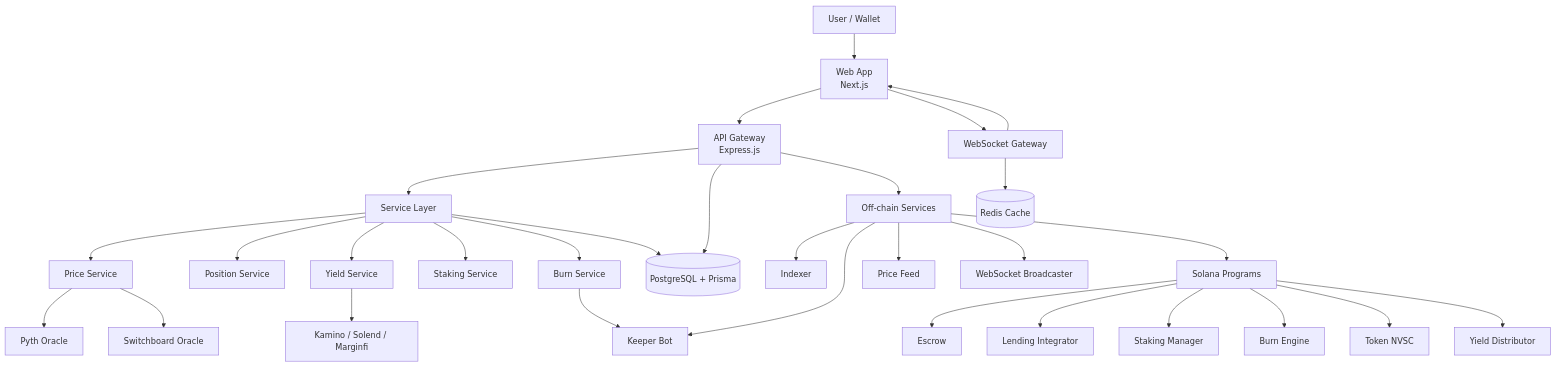
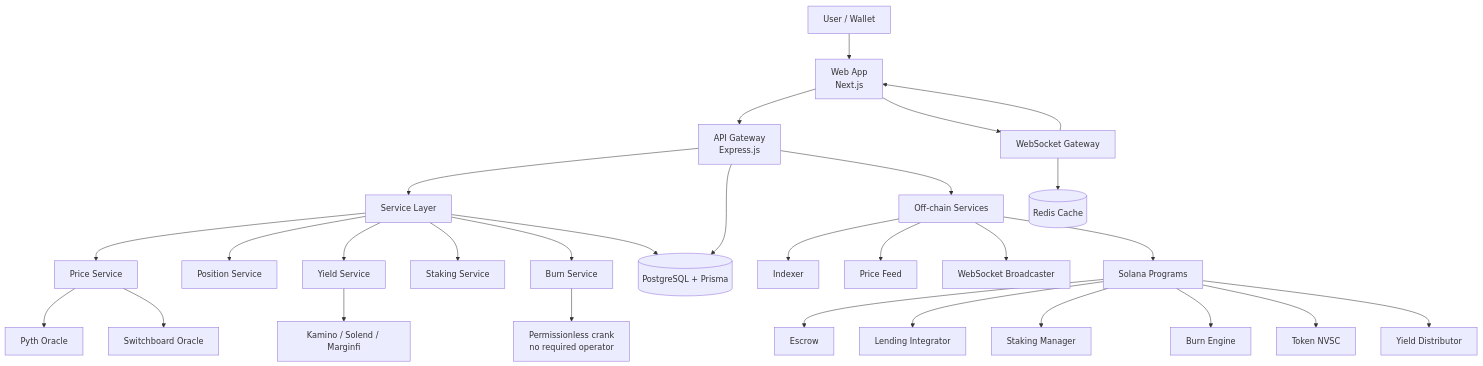
The first of 4 diagrams in docs/SYSTEM_DIAGRAMS.md (KezzyNgotho/noviscia-protocol), drawn with Mermaid before and after one commit. The commit also changed other lines of this file and 12 other files, not shown here.

````diff
--- a/docs/SYSTEM_DIAGRAMS.md
+++ b/docs/SYSTEM_DIAGRAMS.md
@@ -5,37 +5,36 @@
 ```mermaid
 graph TD
   U[User / Wallet] --> W[Web App\nNext.js]
   W --> A[API Gateway\nExpress.js]
   W --> S[WebSocket Gateway]
   A --> L[Service Layer]
   S --> W
 
   L --> P[Price Service]
   L --> POS[Position Service]
   L --> Y[Yield Service]
   L --> ST[Staking Service]
   L --> B[Burn Service]
 
   P --> O1[Pyth Oracle]
   P --> O2[Switchboard Oracle]
   Y --> K[Kamino / Solend / Marginfi]
-  B --> KEEPER[Keeper Bot]
+  B --> CRANK[Permissionless crank\nno required operator]
 
   A --> DB[(PostgreSQL + Prisma)]
   L --> DB
   S --> R[(Redis Cache)]
 
   A --> O[Off-chain Services]
   O --> I[Indexer]
-  O --> KEEPER[Keeper Bot]
   O --> PF[Price Feed]
   O --> WS[WebSocket Broadcaster]
 
   O --> C[Solana Programs]
   C --> E[Escrow]
   C --> LI[Lending Integrator]
   C --> SM[Staking Manager]
   C --> BE[Burn Engine]
   C --> TN[Token NVSC]
   C --> YD[Yield Distributor]
 ```
````
